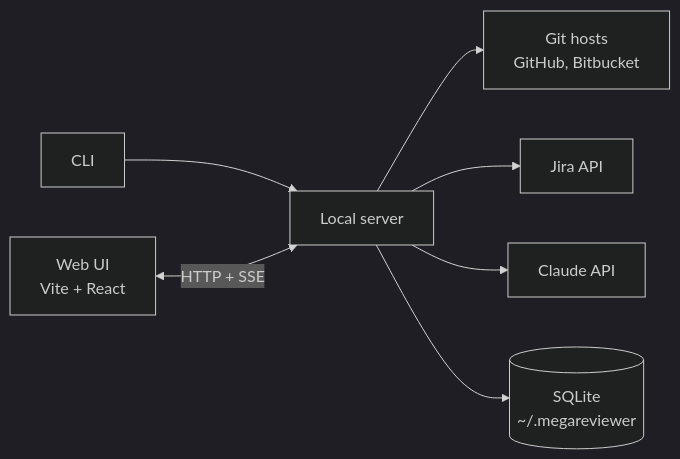
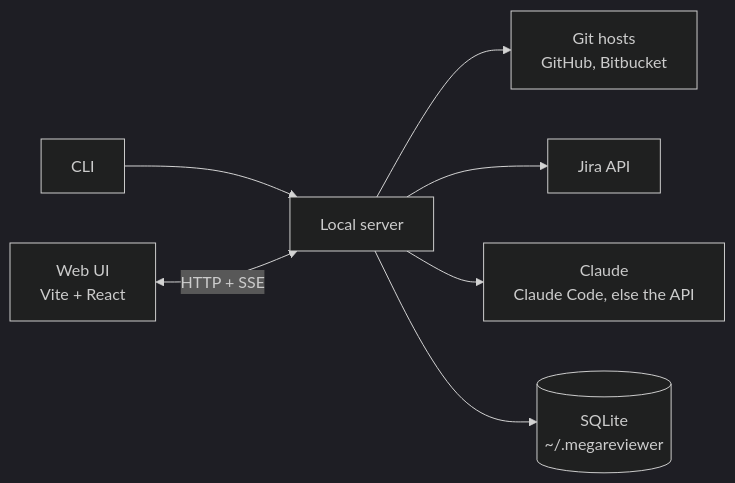
One commit to markdorofeev/megareviewer changed the diagram in ARCHITECTURE.md. Above: the diagram before and after it, drawn with Mermaid (dark theme). The commit also changed other lines of this file and 47 other files, not shown here.

First line of the commit message:
Run the model passes through the reviewer's Claude Code

````diff
--- a/ARCHITECTURE.md
+++ b/ARCHITECTURE.md
@@ -73,9 +73,9 @@
 ```mermaid
 flowchart LR
   CLI[CLI] --> Server[Local server]
   UI[Web UI<br/>Vite + React] <-->|HTTP + SSE| Server
   Server --> Hosts[Git hosts<br/>GitHub, Bitbucket]
   Server --> Jira[Jira API]
-  Server --> Claude[Claude API]
+  Server --> Claude[Claude<br/>Claude Code, else the API]
   Server --> DB[(SQLite<br/>~/.megareviewer)]
 ```
````
